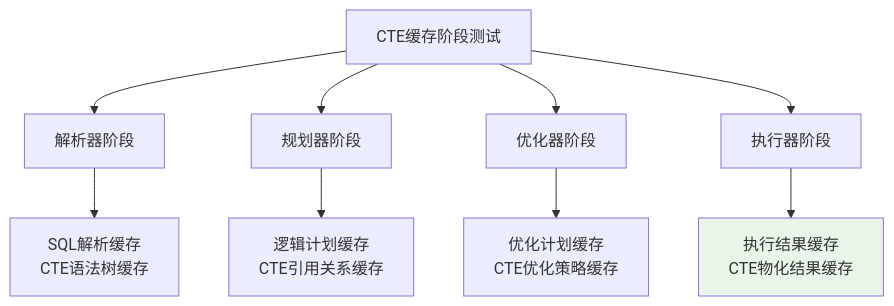
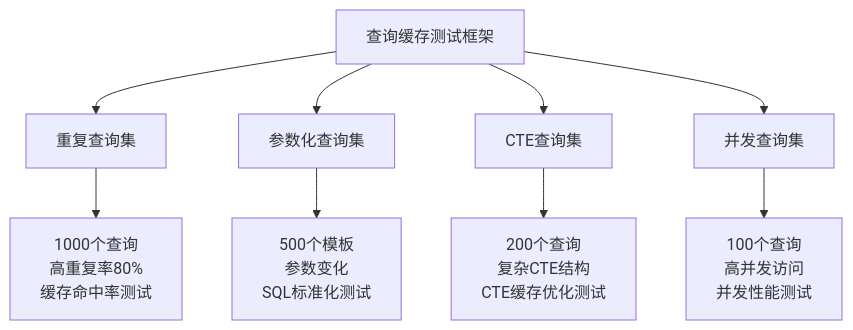
Before and after one commit to crazypenguincode/duckdb: the second of 5 diagrams in md/_integrated_build_md/完整论文.md, drawn with Mermaid. The commit also changed other lines of this file and 144 other files, not shown here.

Commit message:
调整图片

````diff
--- a/md/_integrated_build_md/完整论文.md
+++ b/md/_integrated_build_md/完整论文.md
@@ -881,14 +1088,12 @@
 ```mermaid
 flowchart TD
-    A[CTE缓存阶段测试] --> B[解析器阶段]
-    A --> C[规划器阶段]
-    A --> D[优化器阶段]
-    A --> E[执行器阶段]
+    A[查询缓存测试框架] --> B[重复查询集]
+    A --> C[参数化查询集]
+    A --> D[CTE查询集]
+    A --> E[并发查询集]
     
-    B --> B1[SQL解析缓存<br/>CTE语法树缓存]
-    C --> C1[逻辑计划缓存<br/>CTE引用关系缓存]
-    D --> D1[优化计划缓存<br/>CTE优化策略缓存]
-    E --> E1[执行结果缓存<br/>CTE物化结果缓存]
-    
-    style E1 fill:#e8f5e8
+    B --> B1[1000个查询<br/>高重复率80%<br/>缓存命中率测试]
+    C --> C1[500个模板<br/>参数变化<br/>SQL标准化测试]
+    D --> D1[200个查询<br/>复杂CTE结构<br/>CTE缓存优化测试]
+    E --> E1[100个查询<br/>高并发访问<br/>并发性能测试]
 ```
````
